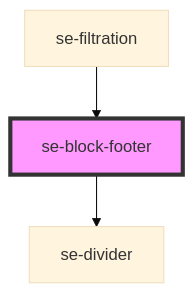
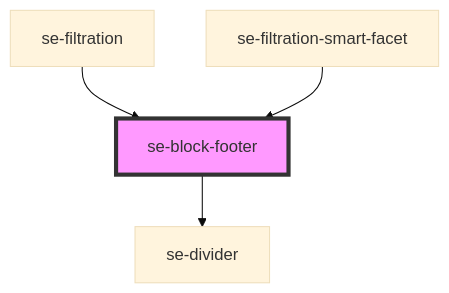
Before and after one commit to robbiemcmullense/se-web-ui: the diagram in libs/core/src/components/block-footer/readme.md, drawn with Mermaid (base theme). The commit also changed other lines of this file and 87 other files, not shown here.

First line of the commit message:
Filtration smart (#486)

````diff
--- a/libs/core/src/components/block-footer/readme.md
+++ b/libs/core/src/components/block-footer/readme.md
@@ -30,6 +31,7 @@
 ```mermaid
 graph TD;
   se-block-footer --> se-divider
   se-filtration --> se-block-footer
+  se-filtration-smart-facet --> se-block-footer
   style se-block-footer fill:#f9f,stroke:#333,stroke-width:4px
 ```
````
